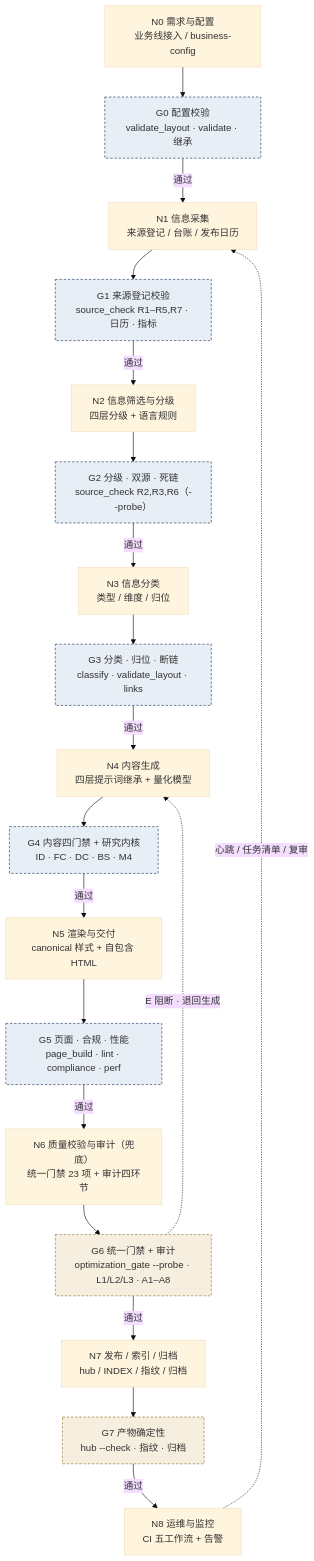
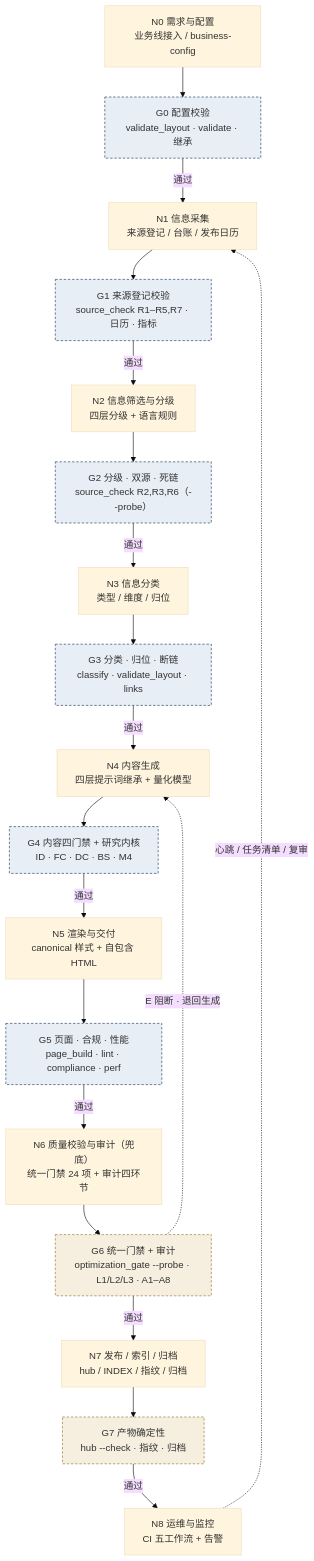
One commit to hmbphxkw76-byte/tech-context-digest changed the first of 4 diagrams in engine/docs/report-pipeline-system.md. Above: the diagram before and after it, drawn with Mermaid (base theme). The commit also changed other lines of this file and 43 other files, not shown here.

````diff
--- a/engine/docs/report-pipeline-system.md
+++ b/engine/docs/report-pipeline-system.md
@@ -28,25 +28,25 @@
 ```mermaid
 flowchart TD
     N0["N0 需求与配置<br/>业务线接入 / business-config"] --> G0["G0 配置校验<br/>validate_layout · validate · 继承"]
     G0 -->|通过| N1["N1 信息采集<br/>来源登记 / 台账 / 发布日历"]
     N1 --> G1["G1 来源登记校验<br/>source_check R1–R5,R7 · 日历 · 指标"]
     G1 -->|通过| N2["N2 信息筛选与分级<br/>四层分级 + 语言规则"]
     N2 --> G2["G2 分级 · 双源 · 死链<br/>source_check R2,R3,R6（--probe）"]
     G2 -->|通过| N3["N3 信息分类<br/>类型 / 维度 / 归位"]
     N3 --> G3["G3 分类 · 归位 · 断链<br/>classify · validate_layout · links"]
     G3 -->|通过| N4["N4 内容生成<br/>四层提示词继承 + 量化模型"]
     N4 --> G4["G4 内容四门禁 + 研究内核<br/>ID · FC · DC · BS · M4"]
     G4 -->|通过| N5["N5 渲染与交付<br/>canonical 样式 + 自包含 HTML"]
     N5 --> G5["G5 页面 · 合规 · 性能<br/>page_build · lint · compliance · perf"]
-    G5 -->|通过| N6["N6 质量校验与审计（兜底）<br/>统一门禁 23 项 + 审计四环节"]
+    G5 -->|通过| N6["N6 质量校验与审计（兜底）<br/>统一门禁 24 项 + 审计四环节"]
     N6 --> G6["G6 统一门禁 + 审计<br/>optimization_gate --probe · L1/L2/L3 · A1–A8"]
     G6 -->|通过| N7["N7 发布 / 索引 / 归档<br/>hub / INDEX / 指纹 / 归档"]
     N7 --> G7["G7 产物确定性<br/>hub --check · 指纹 · 归档"]
     G7 -->|通过| N8["N8 运维与监控<br/>CI 五工作流 + 告警"]
     N8 -. "心跳 / 任务清单 / 复审" .-> N1
     G6 -. "E 阻断 · 退回生成" .-> N4
     classDef shift fill:#e8eef6,stroke:#16324f,stroke-dasharray:4 3;
     classDef backstop fill:#f6efe0,stroke:#8a6d1f,stroke-dasharray:4 3;
     class G0,G1,G2,G3,G4,G5 shift;
     class G6,G7,G8 backstop;
 ```
````
